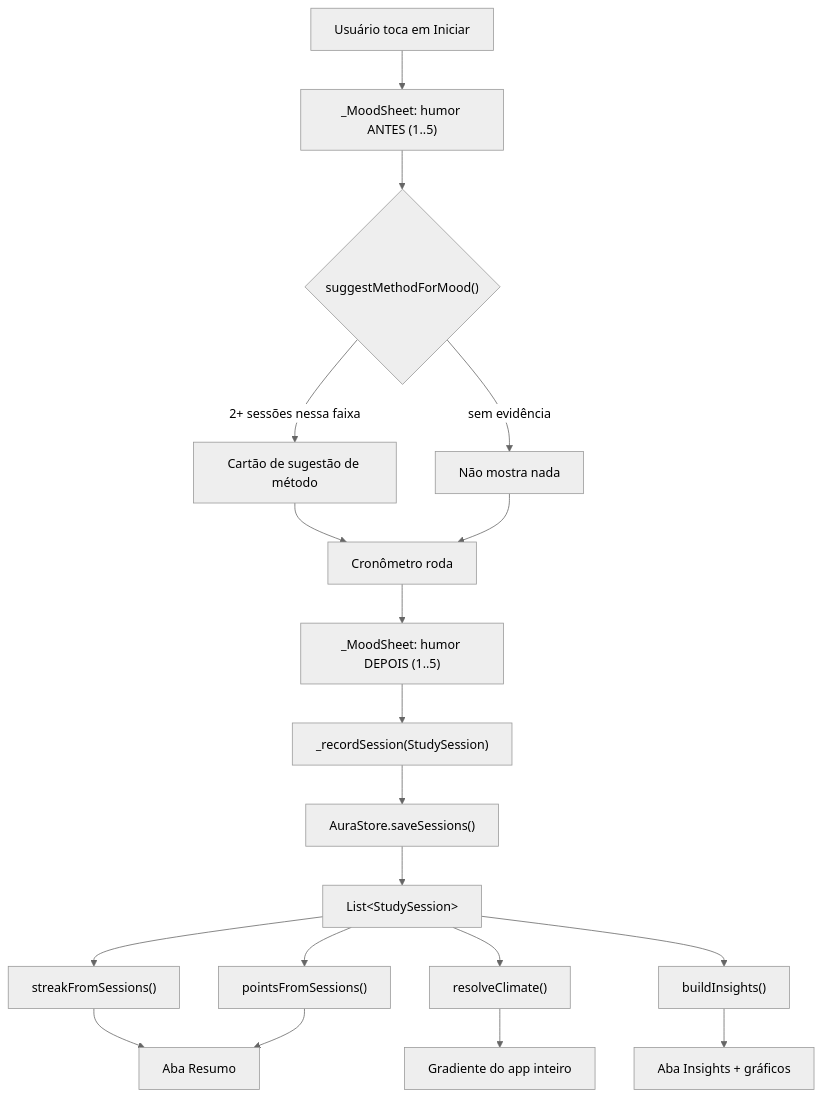
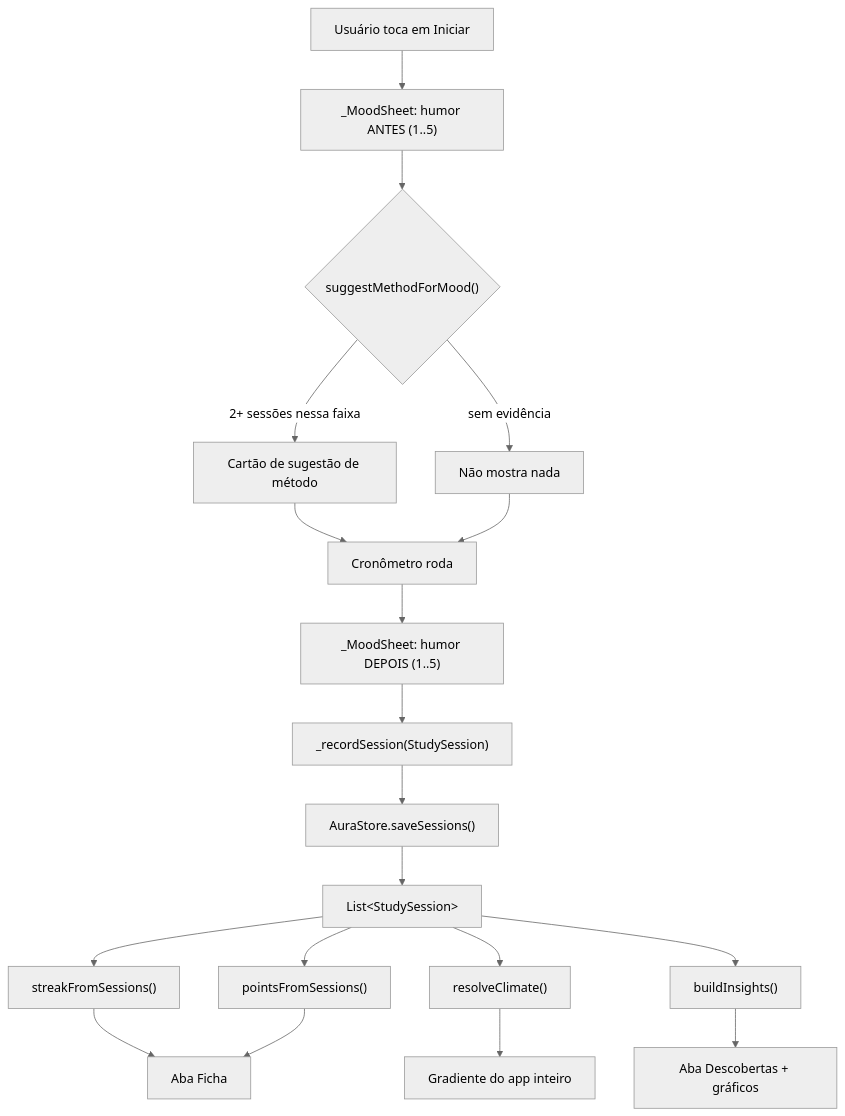
One commit to RenatoAlves-ofc/Flutter_Aura changed the first of 2 diagrams in docs/ARQUITETURA.md. Above: the diagram before and after it, drawn with Mermaid (neutral theme). The commit also changed other lines of this file and 11 other files, not shown here.

````diff
--- a/docs/ARQUITETURA.md
+++ b/docs/ARQUITETURA.md
@@ -59,21 +59,21 @@
 ```mermaid
 flowchart TD
     A["Usuário toca em Iniciar"] --> B["_MoodSheet: humor ANTES (1..5)"]
     B --> C{"suggestMethodForMood()"}
     C -->|"2+ sessões nessa faixa"| D["Cartão de sugestão de método"]
     C -->|"sem evidência"| E["Não mostra nada"]
     D --> F["Cronômetro roda"]
     E --> F
     F --> G["_MoodSheet: humor DEPOIS (1..5)"]
     G --> H["_recordSession(StudySession)"]
     H --> I["AuraStore.saveSessions()"]
     I --> J["List&lt;StudySession&gt;"]
     J --> K["streakFromSessions()"]
     J --> L["pointsFromSessions()"]
     J --> M["resolveClimate()"]
     J --> N["buildInsights()"]
-    K --> O["Aba Resumo"]
+    K --> O["Aba Ficha"]
     L --> O
     M --> P["Gradiente do app inteiro"]
-    N --> Q["Aba Insights + gráficos"]
+    N --> Q["Aba Descobertas + gráficos"]
 ```
````
